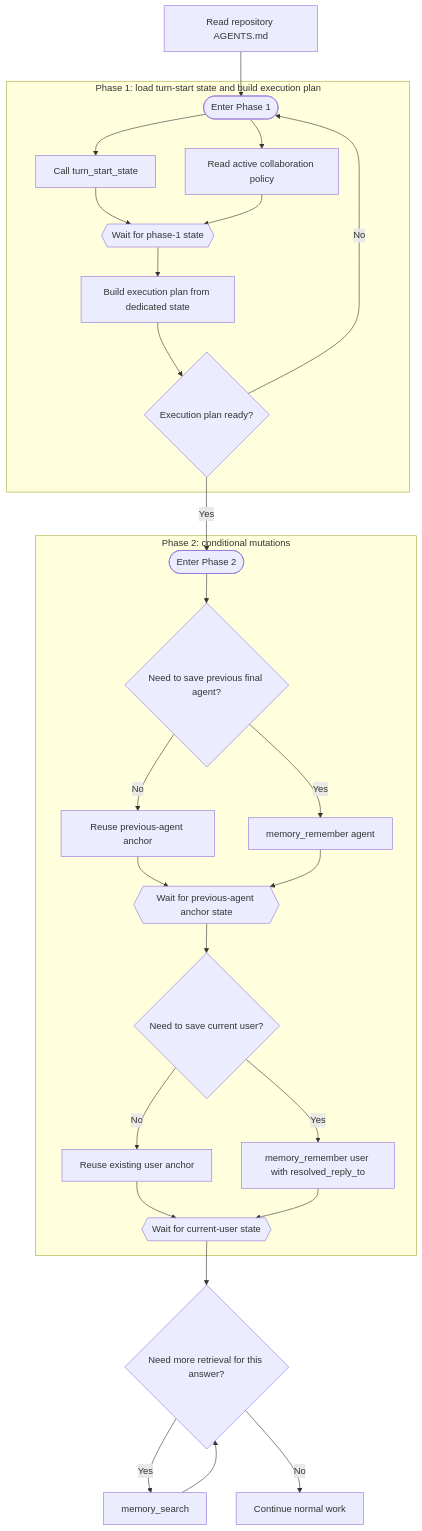
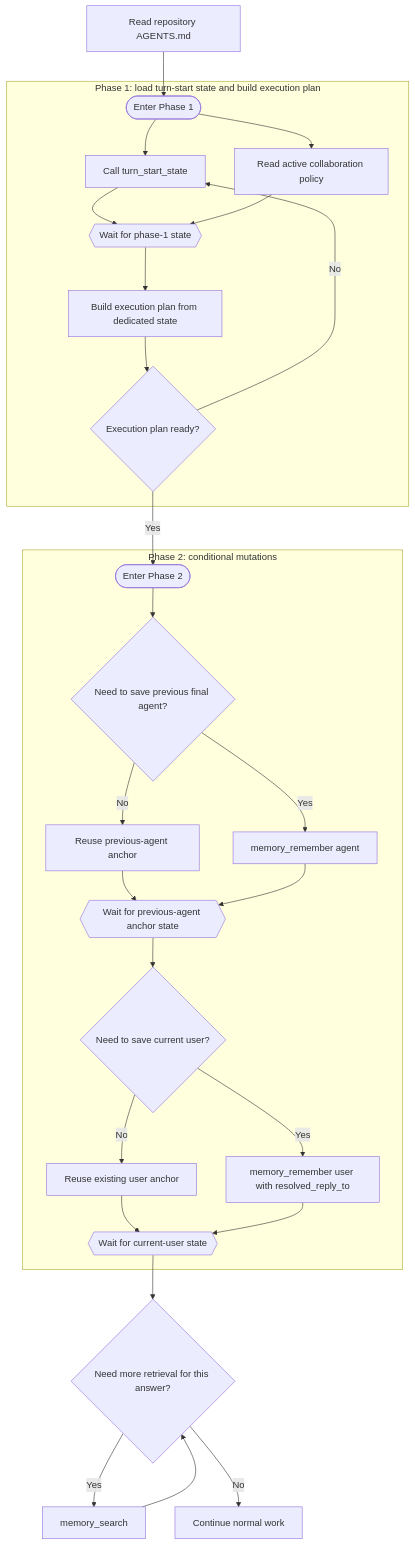
One commit to KazinaG/breathing_memory changed the second of 2 diagrams in docs/mcp-turn-flows.md. Above: the diagram before and after it, drawn with Mermaid.

Commit message:
docs: correct turn-start retry edge

````diff
--- a/docs/mcp-turn-flows.md
+++ b/docs/mcp-turn-flows.md
@@ -98,49 +98,49 @@
 ```mermaid
 flowchart TD
     A[Read repository AGENTS.md]
 
     subgraph P1[Phase 1: load turn-start state and build execution plan]
         P1I([Enter Phase 1])
         B[Call turn_start_state]
         C[Read active collaboration policy]
         W1{{Wait for phase-1 state}}
         D[Build execution plan from dedicated state]
         E{Execution plan ready?}
         P1I --> B
         P1I --> C
         B --> W1
         C --> W1
         W1 --> D
         D --> E
     end
 
     subgraph P2[Phase 2: conditional mutations]
         P2I([Enter Phase 2])
         F{Need to save previous final agent?}
         G[Reuse previous-agent anchor]
         H[memory_remember agent]
         W2{{Wait for previous-agent anchor state}}
         I{Need to save current user?}
         J[Reuse existing user anchor]
         K[memory_remember user with resolved_reply_to]
         W3{{Wait for current-user state}}
         P2I --> F
         F -- No --> G
         F -- Yes --> H
         G --> W2
         H --> W2
         W2 --> I
         I -- No --> J
         I -- Yes --> K
         J --> W3
         K --> W3
     end
 
     A --> P1I
-    E -- No --> P1I
+    E -- No --> B
     E -- Yes --> P2I
     W3 --> L{Need more retrieval for this answer?}
     L -- Yes --> M[memory_search]
     L -- No --> N[Continue normal work]
     M --> L
 ```
````
